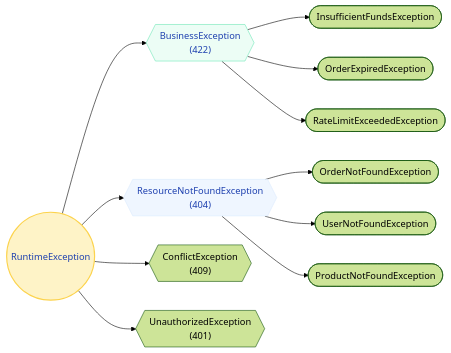
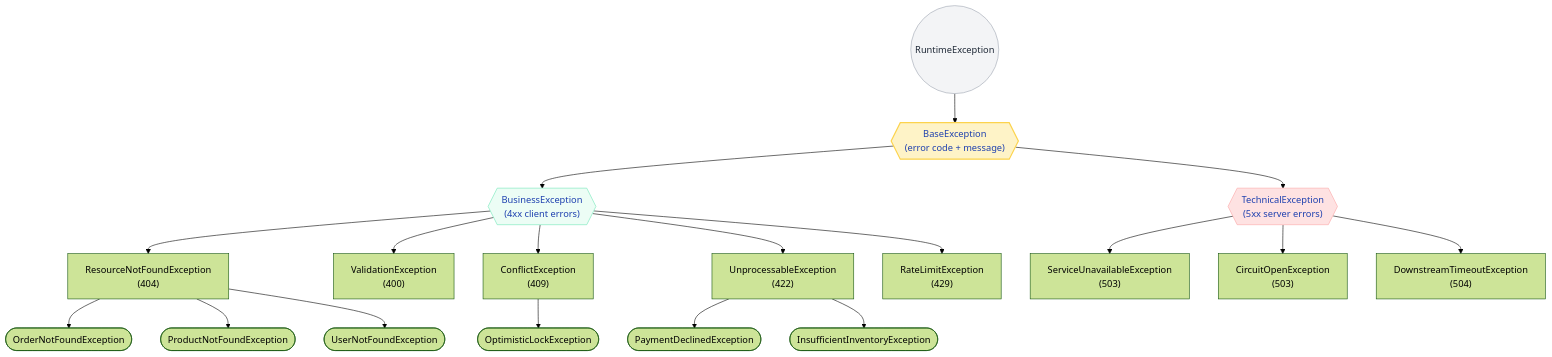
Before and after one commit to saivamsikaruturi/vamsilabs-dev-notes-main: the second of 3 diagrams in docs/springboot/exceptionhandling.md, drawn with Mermaid (forest theme). The commit also changed other lines of this file and 21 other files, not shown here.

````diff
--- a/docs/springboot/exceptionhandling.md
+++ b/docs/springboot/exceptionhandling.md
@@ -68,19 +55,31 @@
 ```mermaid
-flowchart LR
+flowchart TD
     RE(("RuntimeException"))
-    RE --> BizEx{{"BusinessException<br/>(422)"}}
-    RE --> NotFound{{"ResourceNotFoundException<br/>(404)"}}
-    RE --> Conflict{{"ConflictException<br/>(409)"}}
-    RE --> Auth{{"UnauthorizedException<br/>(401)"}}
     
-    BizEx --> Insuff(["InsufficientFundsException"])
-    BizEx --> Expired(["OrderExpiredException"])
-    BizEx --> Limit(["RateLimitExceededException"])
-    NotFound --> ONF(["OrderNotFoundException"])
-    NotFound --> UNF(["UserNotFoundException"])
-    NotFound --> PNF(["ProductNotFoundException"])
+    RE --> BASE{{"BaseException<br/>(error code + message)"}}
+    
+    BASE --> BIZ{{"BusinessException<br/>(4xx client errors)"}}
+    BASE --> TECH{{"TechnicalException<br/>(5xx server errors)"}}
+    
+    BIZ --> NF["ResourceNotFoundException<br/>(404)"]
+    BIZ --> VAL["ValidationException<br/>(400)"]
+    BIZ --> CONF["ConflictException<br/>(409)"]
+    BIZ --> UNPROC["UnprocessableException<br/>(422)"]
+    BIZ --> RATE["RateLimitException<br/>(429)"]
+    
+    TECH --> SVCDOWN["ServiceUnavailableException<br/>(503)"]
+    TECH --> CIRCUIT["CircuitOpenException<br/>(503)"]
+    TECH --> TIMEOUT["DownstreamTimeoutException<br/>(504)"]
+    
+    NF --> ONF(["OrderNotFoundException"])
+    NF --> PNF(["ProductNotFoundException"])
+    NF --> UNF(["UserNotFoundException"])
+    UNPROC --> PAY(["PaymentDeclinedException"])
+    UNPROC --> INV(["InsufficientInventoryException"])
+    CONF --> OPT(["OptimisticLockException"])
 
-    style RE fill:#FEF3C7,stroke:#FCD34D,stroke-width:2px,color:#1E40AF
-    style BizEx fill:#ECFDF5,stroke:#6EE7B7,color:#1E40AF
-    style NotFound fill:#EFF6FF,stroke:#DBEAFE,color:#1E40AF
+    style RE fill:#F3F4F6,stroke:#9CA3AF,color:#1F2937
+    style BASE fill:#FEF3C7,stroke:#FCD34D,stroke-width:2px,color:#1E40AF
+    style BIZ fill:#ECFDF5,stroke:#6EE7B7,color:#1E40AF
+    style TECH fill:#FEE2E2,stroke:#FCA5A5,color:#1E40AF
 ```
````
